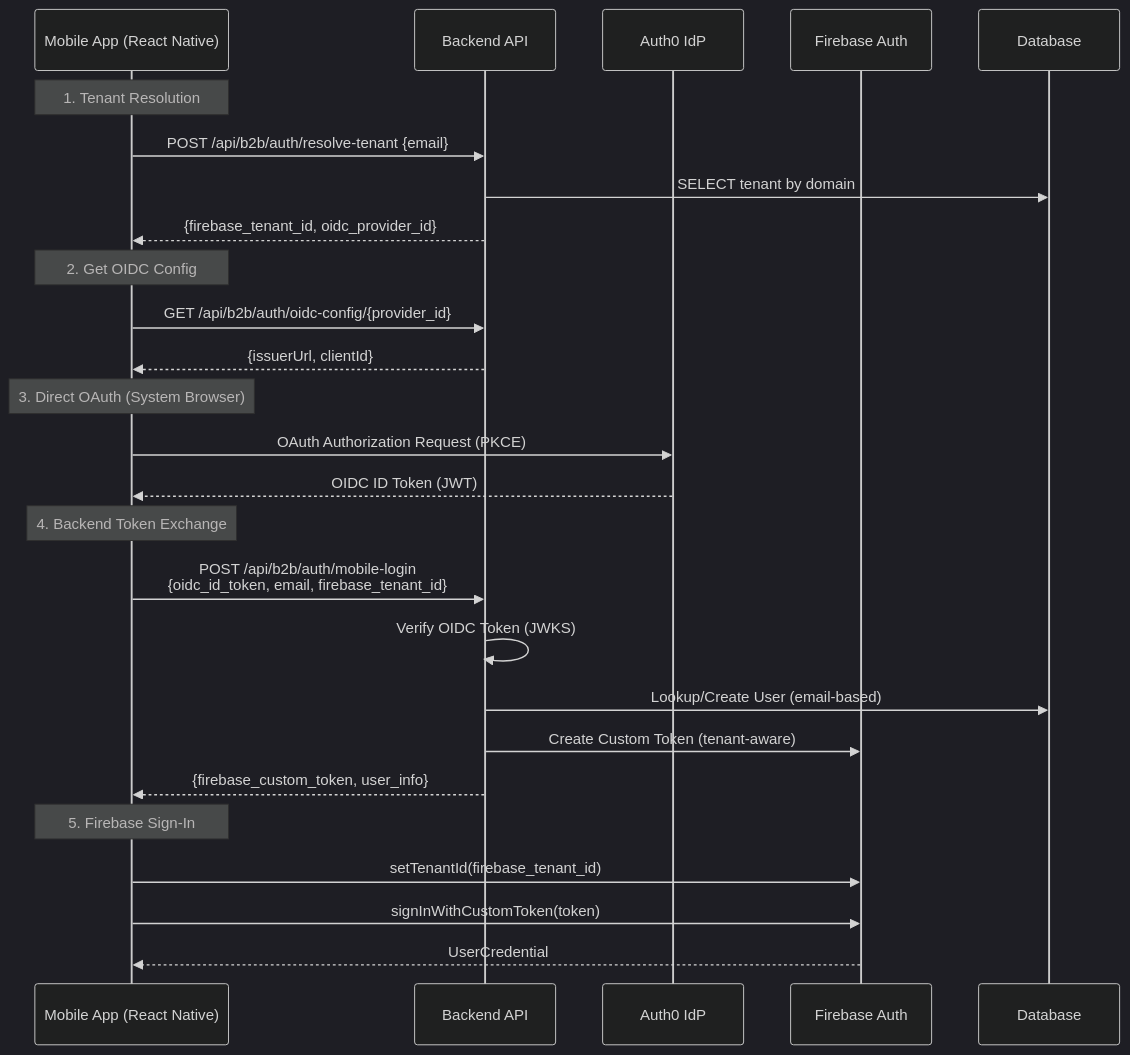
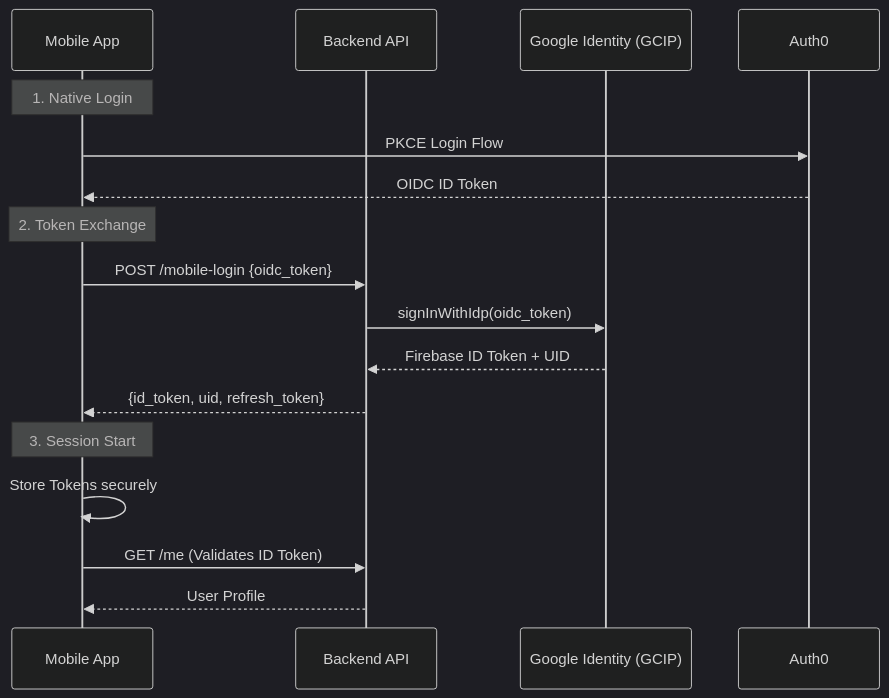
The third of 3 diagrams in docs/architecture/authentication.md (nkumar15/communication-analysis), drawn with Mermaid (dark theme) before and after one commit. The commit also changed other lines of this file and 6 other files, not shown here.

Commit message:
feat: Implement server-side GCIP `signInWithIdp` for mobile OIDC token exchange, ensuring stable Firebase UIDs and session continuity.

````diff
--- a/docs/architecture/authentication.md
+++ b/docs/architecture/authentication.md
@@ -100,33 +100,21 @@
 ```mermaid
 sequenceDiagram
-    participant App as Mobile App (React Native)
+    participant App as Mobile App
     participant BE as Backend API
-    participant Auth0 as Auth0 IdP
-    participant Firebase as Firebase Auth
-    participant DB as Database
+    participant Google as Google Identity (GCIP)
 
-    Note over App: 1. Tenant Resolution
-    App->>BE: POST /api/b2b/auth/resolve-tenant {email}
-    BE->>DB: SELECT tenant by domain
-    BE-->>App: {firebase_tenant_id, oidc_provider_id}
+    Note over App: 1. Native Login
+    App->>Auth0: PKCE Login Flow
+    Auth0-->>App: OIDC ID Token
 
-    Note over App: 2. Get OIDC Config
-    App->>BE: GET /api/b2b/auth/oidc-config/{provider_id}
-    BE-->>App: {issuerUrl, clientId}
+    Note over App: 2. Token Exchange
+    App->>BE: POST /mobile-login {oidc_token}
+    BE->>Google: signInWithIdp(oidc_token)
+    Google-->>BE: Firebase ID Token + UID
+    BE-->>App: {id_token, uid, refresh_token}
 
-    Note over App: 3. Direct OAuth (System Browser)
-    App->>Auth0: OAuth Authorization Request (PKCE)
-    Auth0-->>App: OIDC ID Token (JWT)
-
-    Note over App: 4. Backend Token Exchange
-    App->>BE: POST /api/b2b/auth/mobile-login<br/>{oidc_id_token, email, firebase_tenant_id}
-    BE->>BE: Verify OIDC Token (JWKS)
-    BE->>DB: Lookup/Create User (email-based)
-    BE->>Firebase: Create Custom Token (tenant-aware)
-    BE-->>App: {firebase_custom_token, user_info}
-
-    Note over App: 5. Firebase Sign-In
-    App->>Firebase: setTenantId(firebase_tenant_id)
-    App->>Firebase: signInWithCustomToken(token)
-    Firebase-->>App: UserCredential
+    Note over App: 3. Session Start
+    App->>App: Store Tokens securely
+    App->>BE: GET /me (Validates ID Token)
+    BE-->>App: User Profile
 ```
````
